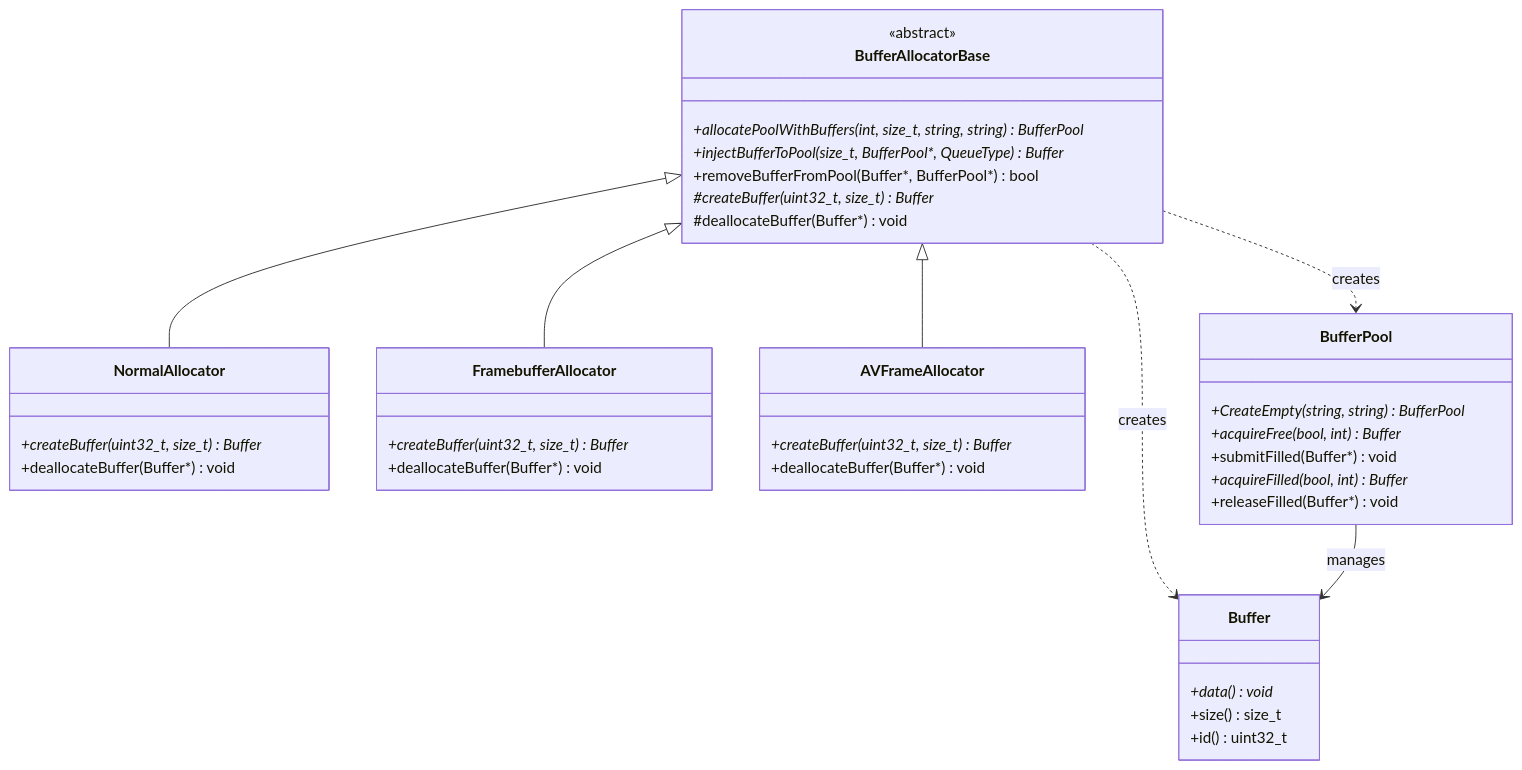
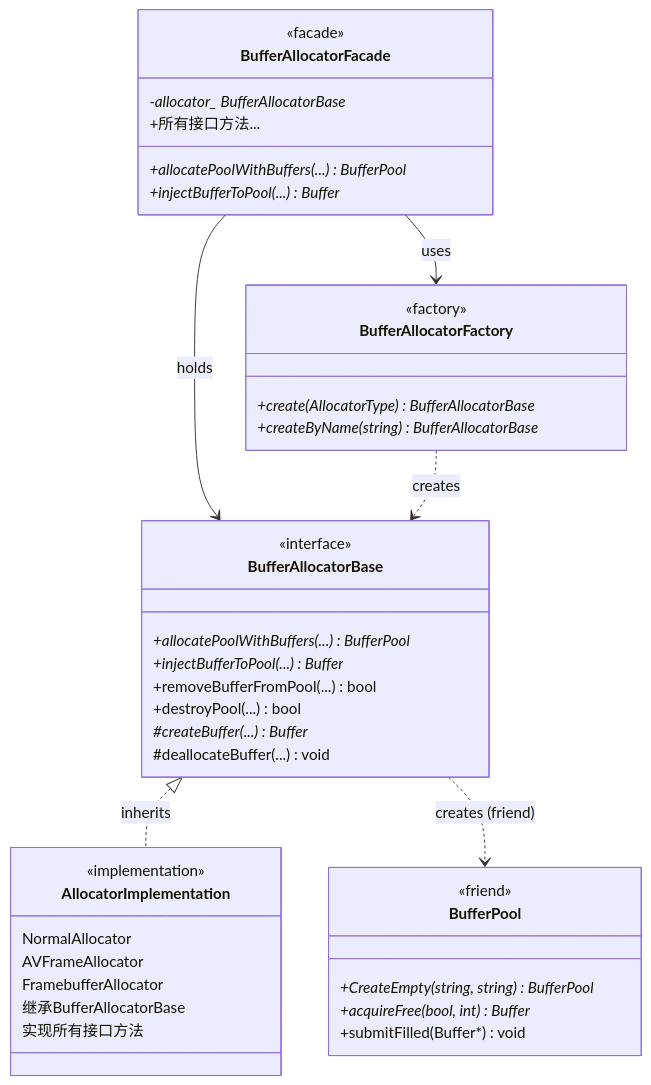
Before and after one commit to luoxiafeng-1990/components: the fourth of 6 diagrams in ARCHITECTURE.md, drawn with Mermaid. The commit also changed other lines of this file and 22 other files, not shown here.

````diff
--- a/ARCHITECTURE.md
+++ b/ARCHITECTURE.md
@@ -817,47 +941,48 @@
 ```mermaid
 classDiagram
     class BufferAllocatorBase {
-        <<abstract>>
-        +allocatePoolWithBuffers(int, size_t, string, string) BufferPool*
-        +injectBufferToPool(size_t, BufferPool*, QueueType) Buffer*
-        +removeBufferFromPool(Buffer*, BufferPool*) bool
-        #createBuffer(uint32_t, size_t) Buffer*
-        #deallocateBuffer(Buffer*) void
+        <<interface>>
+        +allocatePoolWithBuffers(...) BufferPool*
+        +injectBufferToPool(...) Buffer*
+        +removeBufferFromPool(...) bool
+        +destroyPool(...) bool
+        #createBuffer(...) Buffer*
+        #deallocateBuffer(...) void
     }
     
-    class NormalAllocator {
-        +createBuffer(uint32_t, size_t) Buffer*
-        +deallocateBuffer(Buffer*) void
+    class BufferAllocatorFactory {
+        <<factory>>
+        +create(AllocatorType) BufferAllocatorBase*
+        +createByName(string) BufferAllocatorBase*
     }
     
-    class FramebufferAllocator {
-        +createBuffer(uint32_t, size_t) Buffer*
-        +deallocateBuffer(Buffer*) void
+    class BufferAllocatorFacade {
+        <<facade>>
+        -allocator_ BufferAllocatorBase*
+        +allocatePoolWithBuffers(...) BufferPool*
+        +injectBufferToPool(...) Buffer*
+        +所有接口方法...
     }
     
-    class AVFrameAllocator {
-        +createBuffer(uint32_t, size_t) Buffer*
-        +deallocateBuffer(Buffer*) void
+    class AllocatorImplementation {
+        <<implementation>>
+        NormalAllocator
+        AVFrameAllocator
+        FramebufferAllocator
+        继承BufferAllocatorBase
+        实现所有接口方法
     }
     
     class BufferPool {
+        <<friend>>
         +CreateEmpty(string, string) BufferPool*
         +acquireFree(bool, int) Buffer*
         +submitFilled(Buffer*) void
-        +acquireFilled(bool, int) Buffer*
-        +releaseFilled(Buffer*) void
     }
     
-    class Buffer {
-        +data() void*
-        +size() size_t
-        +id() uint32_t
-    }
-    
-    BufferAllocatorBase <|-- NormalAllocator
-    BufferAllocatorBase <|-- FramebufferAllocator
-    BufferAllocatorBase <|-- AVFrameAllocator
-    BufferAllocatorBase ..> BufferPool : creates
-    BufferAllocatorBase ..> Buffer : creates
-    BufferPool --> Buffer : manages
+    BufferAllocatorFacade --> BufferAllocatorBase : holds
+    BufferAllocatorFacade --> BufferAllocatorFactory : uses
+    BufferAllocatorFactory ..> BufferAllocatorBase : creates
+    BufferAllocatorBase <|.. AllocatorImplementation : inherits
+    BufferAllocatorBase ..> BufferPool : creates (friend)
 ```
````
